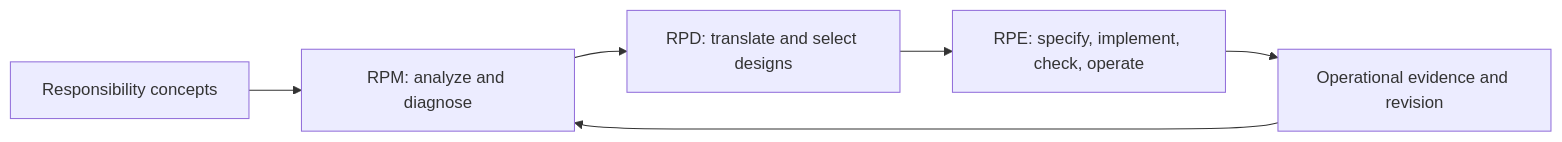
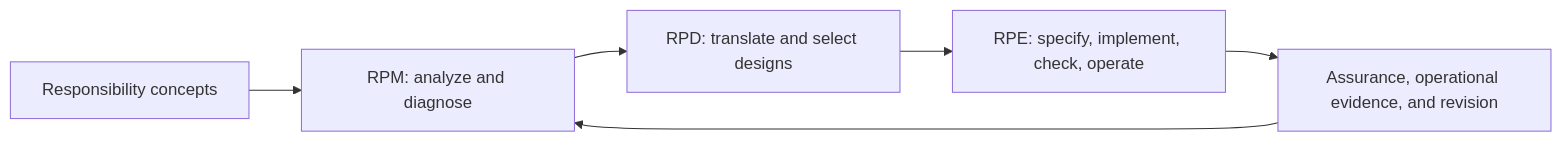
One commit to YutoriKomeiji/responsibility-pathway-design changed the diagram in README.md. Above: the diagram before and after it, drawn with Mermaid. The commit also changed other lines of this file, not shown here.

Commit message:
Link RPD assurance and monitoring artifacts

````diff
--- a/README.md
+++ b/README.md
@@ -23,8 +23,8 @@
 ```mermaid
 flowchart LR
     A[Responsibility concepts] --> B[RPM: analyze and diagnose]
     B --> C[RPD: translate and select designs]
     C --> D[RPE: specify, implement, check, operate]
-    D --> E[Operational evidence and revision]
+    D --> E[Assurance, operational evidence, and revision]
     E --> B
 ```
````
